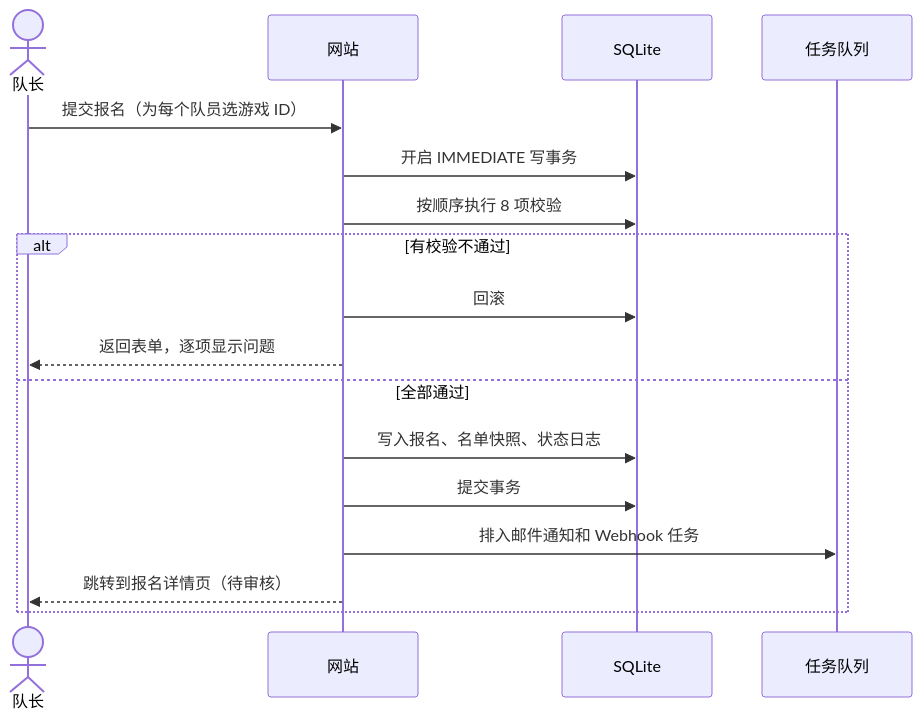
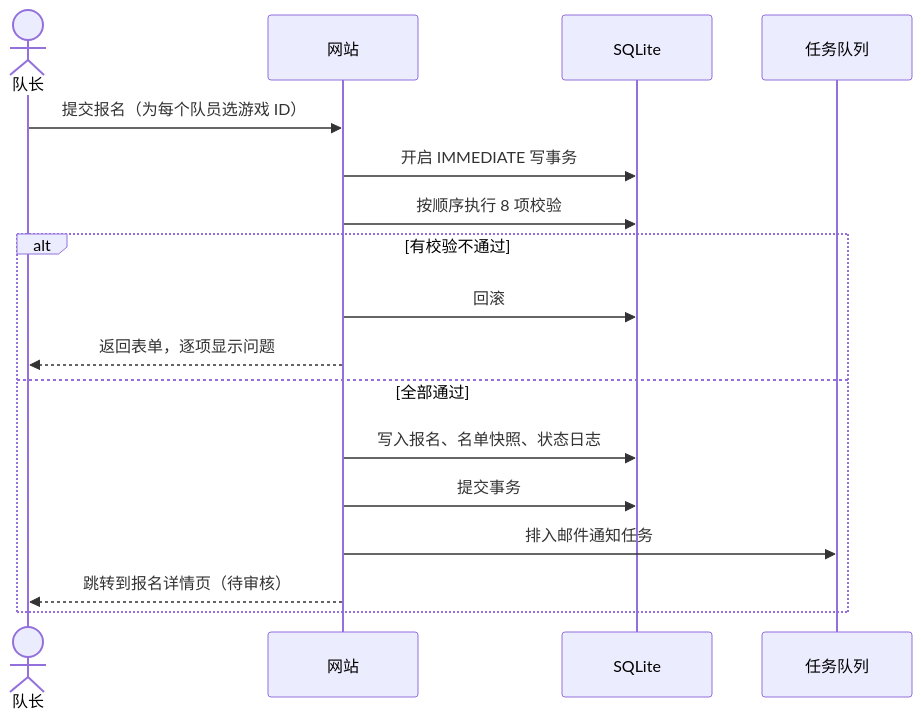
The third of 6 diagrams in docs/design.md (Uniseem/sjtu-ow), drawn with Mermaid before and after one commit. The commit also changed other lines of this file and 77 other files, not shown here.

````diff
--- a/docs/design.md
+++ b/docs/design.md
@@ -869,19 +861,19 @@
 ```mermaid
 sequenceDiagram
     actor C as 队长
     participant W as 网站
     participant DB as SQLite
     participant Q as 任务队列
     C->>W: 提交报名（为每个队员选游戏 ID）
     W->>DB: 开启 IMMEDIATE 写事务
     W->>DB: 按顺序执行 8 项校验
     alt 有校验不通过
         W->>DB: 回滚
         W-->>C: 返回表单，逐项显示问题
     else 全部通过
         W->>DB: 写入报名、名单快照、状态日志
         W->>DB: 提交事务
-        W->>Q: 排入邮件通知和 Webhook 任务
+        W->>Q: 排入邮件通知任务
         W-->>C: 跳转到报名详情页（待审核）
     end
 ```
````
